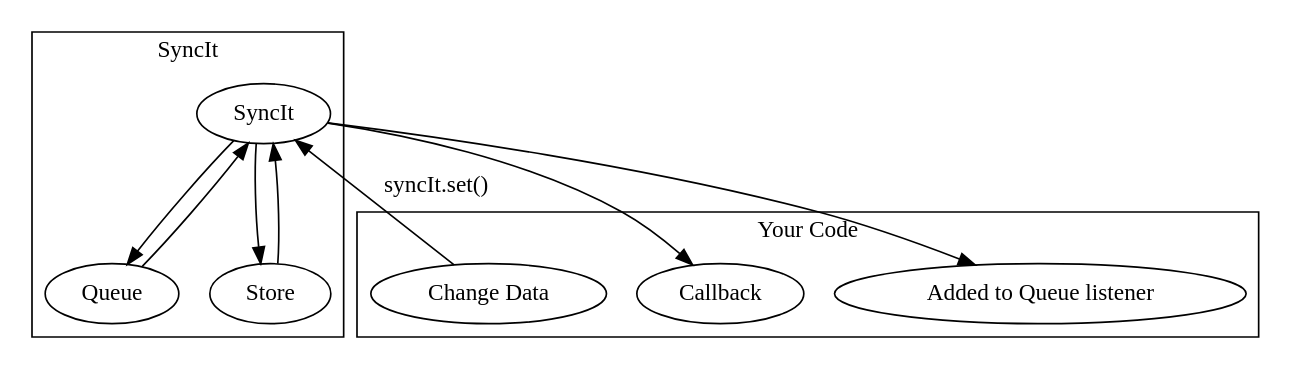
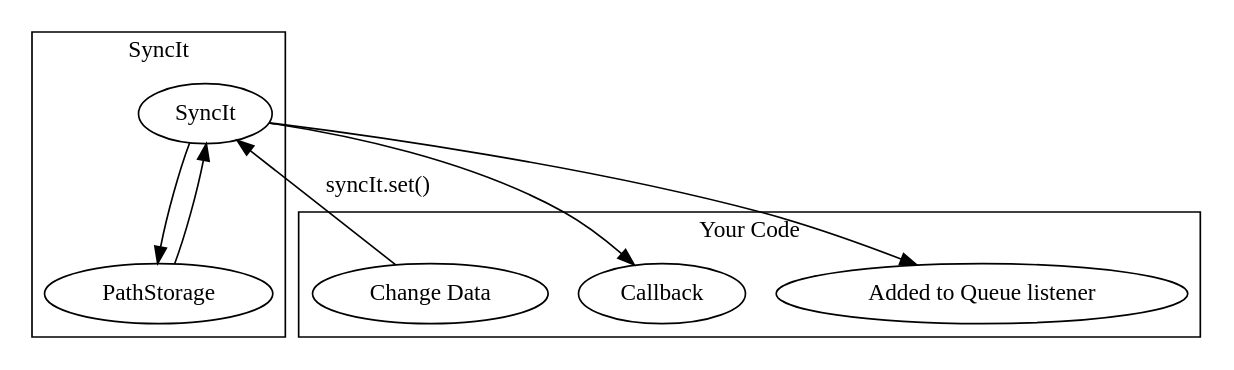
One commit to forbesmyester/SyncIt changed the diagram in README.work_locally_set.dot. Above: the diagram before and after it, drawn with Graphviz. The commit also changed 62 other files, not shown here.

Commit message:
Convert SyncIt to use PathStorage, should be much more fault tolerant during conflicts

```diff
--- a/README.work_locally_set.dot
+++ b/README.work_locally_set.dot
@@ -1,21 +1,20 @@
 digraph a { 
 
 	subgraph clusteryourcode {
 		label = "Your Code";
 		App [label="Change Data", rank=1];
 		SyncItCallback [label=Callback];
 		SyncItEventHandler [label="Added to Queue listener"];
 	}
 	
 	subgraph clustersyncit {
 		label = "SyncIt"
 		SyncIt;
-		Queue;
-		Store;
+		PathStorage;
 	}
 	
 	App -> SyncIt [label="syncIt.set()"];
-	SyncIt -> Store -> SyncIt -> Queue -> SyncIt -> SyncItCallback;
+	SyncIt -> PathStorage -> SyncIt -> SyncItCallback;
 	SyncIt ->SyncItEventHandler;
 
 }
```
